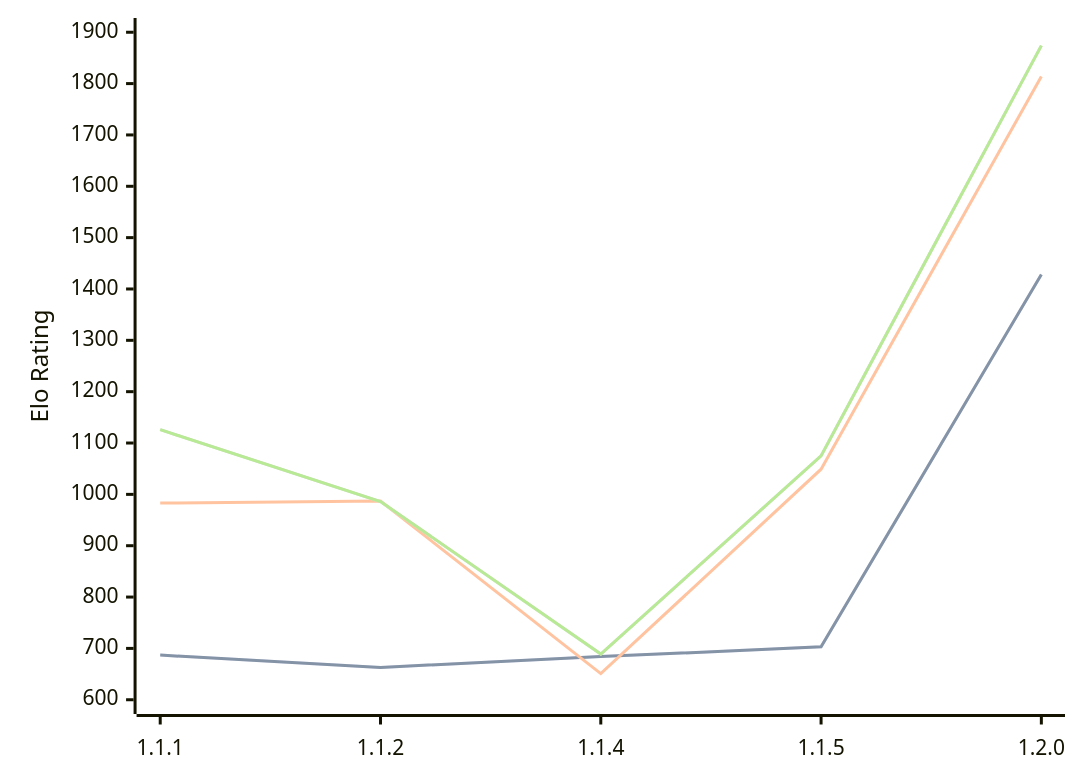
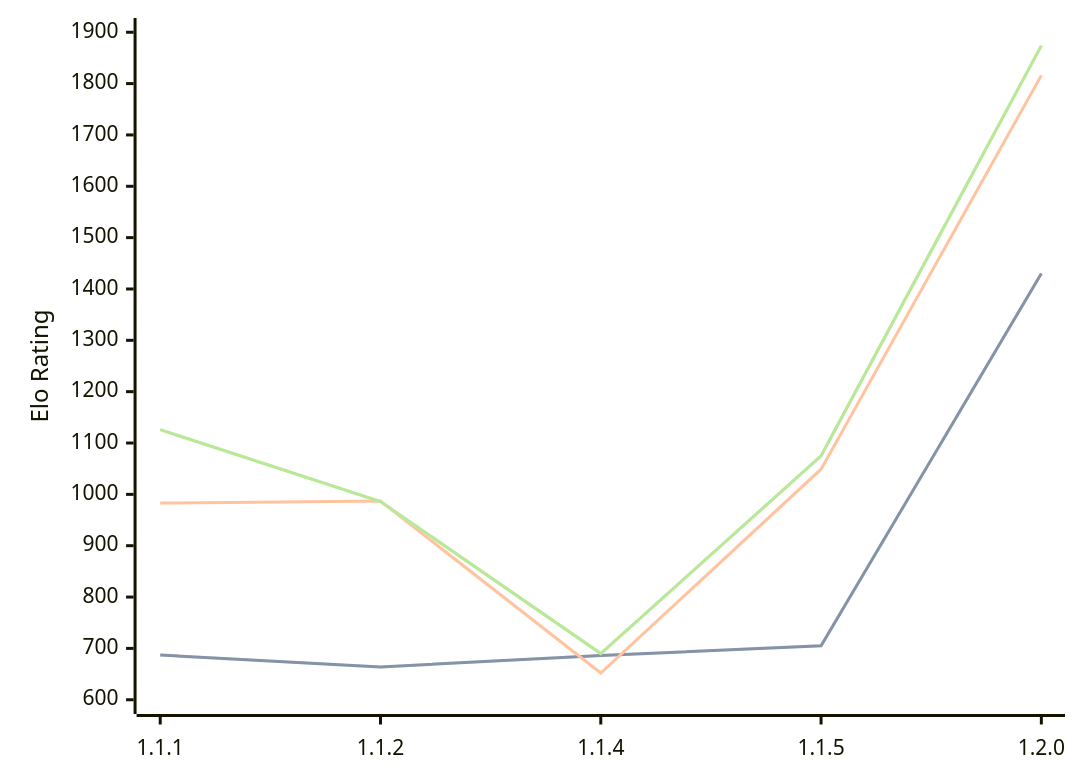
One commit to computer-chess-index/cci changed the diagram in engines/ChessCore.md. Above: the diagram before and after it, drawn with Mermaid. The commit also changed other lines of this file, not shown here.

Commit message:
Update CCI Ratings (ELO VLTC) - 2026-08-21

````diff
--- a/engines/ChessCore.md
+++ b/engines/ChessCore.md
@@ -36,11 +36,11 @@
 ```mermaid
 %%{init: {"theme":"base","themeVariables":{"seriesColors:['#a3a3a3','#222221','#faa371']}}}%%
 xychart-beta
   x-axis ["1.1.1", "1.1.2", "1.1.4", "1.1.5", "1.2.0"]
   y-axis "Elo Rating" 600 --> 1900
-  line "STC (8.0+0.08s)" [687, 663, 684, 703, 1428]
-  line "STC (8.0+0.08s)" [687, 663, 684, 703, 1428]
-  line "LTC (60.0+0.60s)" [983, 987, 651, 1049, 1814]
-  line "VLTC (2m24s+1.12s)" [1126, 986, 689, 1075, 1874]
-  line "VLTC (2m24s+1.12s)" [1126, 986, 689, 1075, 1874]
+  line "STC (8.0+0.08s)" [687, 664, 686, 705, 1430]
+  line "STC (8.0+0.08s)" [687, 664, 686, 705, 1430]
+  line "LTC (60.0+0.60s)" [983, 987, 652, 1049, 1816]
+  line "VLTC (2m24s+1.12s)" [1126, 986, 690, 1075, 1874]
+  line "VLTC (2m24s+1.12s)" [1126, 986, 690, 1075, 1874]
 ```
````
